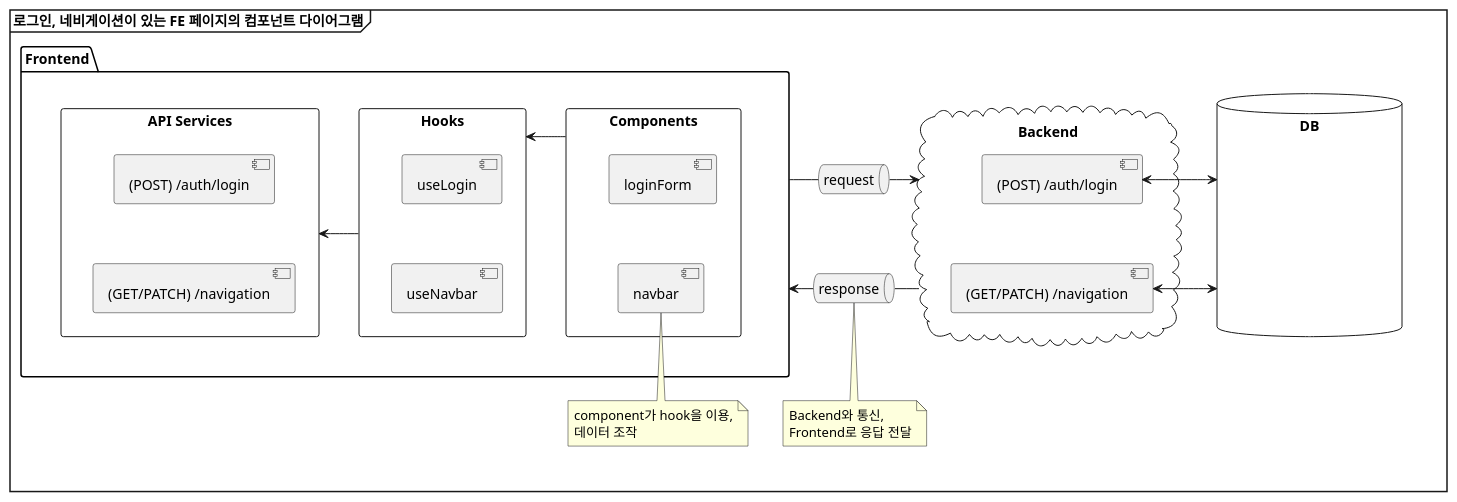
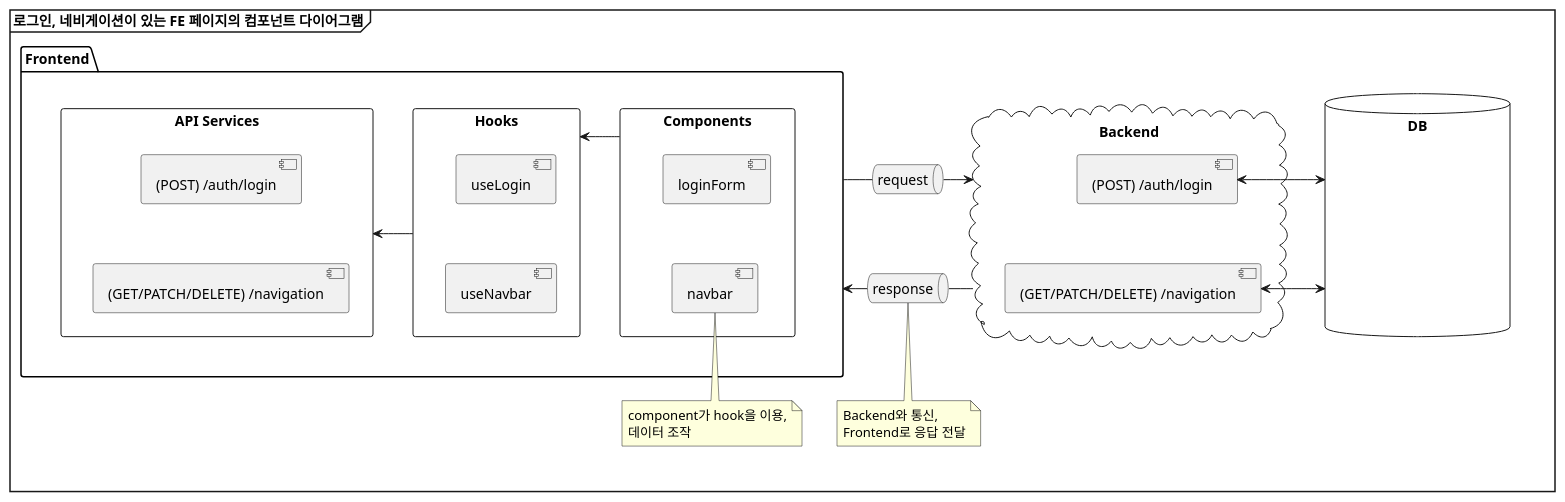
One commit to phoi5675/jest-example changed the diagram in docs/frontend/1_overview.pu. Above: the diagram before and after it, drawn with PlantUML. The commit also changed 3 other files, not shown here.

First line of the commit message:
Update backend UML docs

```diff
--- a/docs/frontend/1_overview.pu
+++ b/docs/frontend/1_overview.pu
@@ -1,77 +1,77 @@
 @startuml 1_overview
 mainframe **로그인, 네비게이션이 있는 FE 페이지의 컴포넌트 다이어그램**
 hide stereotype
 
 skinparam linetype ortho
 
 package "Frontend" {
   rectangle "Components" AS components {
     component "loginForm"
     component "navbar"
 
     loginForm -down[hidden]- navbar
   }
   rectangle "Hooks" AS hooks {
     component "useLogin"
     component "useNavbar"
 
     useLogin -down[hidden]- useNavbar
   }
   rectangle "API Services" AS api_services {
     component "(POST) /auth/login" AS login
-    component "(GET/PATCH) /navigation" AS navigation
+    component "(GET/PATCH/DELETE) /navigation" AS navigation
 
     login -down[hidden]- navigation
   }
 
   components -right-> hooks
   hooks -right-> api_services
 }
 note AS component_note
   component가 hook을 이용,
   데이터 조작
 end note
 
 note AS response_note
   Backend와 통신,
   Frontend로 응답 전달
 end note
 
 queue "request"
 queue "response"
 
 cloud "Backend" {
   component "(POST) /auth/login" AS login_api
-  component "(GET/PATCH) /navigation" AS navigation_api
+  component "(GET/PATCH/DELETE) /navigation" AS navigation_api
 
   login_api -down[hidden]- navigation_api
 }
 
 database DB {
   skinparam <<transparent>> {
     ComponentStyle rectangle
     ComponentFontColor white
     ComponentBackgroundColor transparent
     ComponentBorderColor transparent
   }
   component trasparent1 <<transparent>>
   component transparent2 <<transparent>>
 
   trasparent1 -down[hidden]- transparent2
 }
 
 DB <-> login_api
 DB <-> navigation_api
 
 request -down[hidden]- response
 
 Frontend - request
 Backend <- request
 
 Frontend <- response
 Backend -right- response
 
 navbar -down-> component_note
 response --> response_note
 
 @enduml
```
